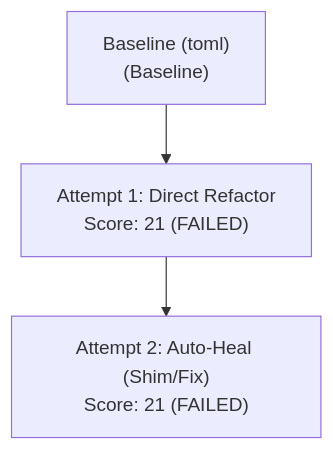
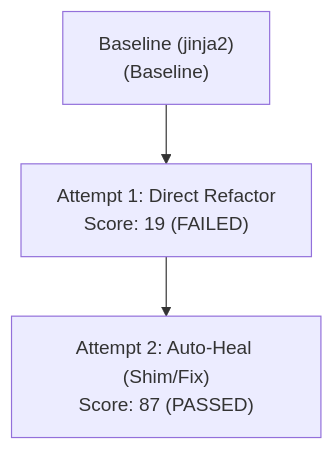
One commit to Aarya-2601/H26_Heckers_Kavach changed the diagram in CAPSULE.md. Above: the diagram before and after it, drawn with Mermaid. The commit also changed other lines of this file and 6 other files, not shown here.

Commit message:
feat(pipeline): complete dynamic dependency routing, Phase 5 graphical decision-tree, and updated telemetry

````diff
--- a/CAPSULE.md
+++ b/CAPSULE.md
@@ -16,10 +16,10 @@
 ```mermaid
 graph TD
-    node_0["Baseline (toml)<br/>(Baseline)"]
-    node_1["Attempt 1: Direct Refactor<br/>Score: 21 (FAILED)"]
+    node_0["Baseline (jinja2)<br/>(Baseline)"]
+    node_1["Attempt 1: Direct Refactor<br/>Score: 19 (FAILED)"]
     node_0 --> node_1
-    node_2["Attempt 2: Auto-Heal (Shim/Fix)<br/>Score: 21 (FAILED)"]
+    node_2["Attempt 2: Auto-Heal (Shim/Fix)<br/>Score: 87 (PASSED)"]
     node_1 --> node_2
     classDef passed fill:#2ea44f,stroke:#22863a,color:#fff;
     classDef failed fill:#cb2431,stroke:#b31d28,color:#fff;
 ```
````
